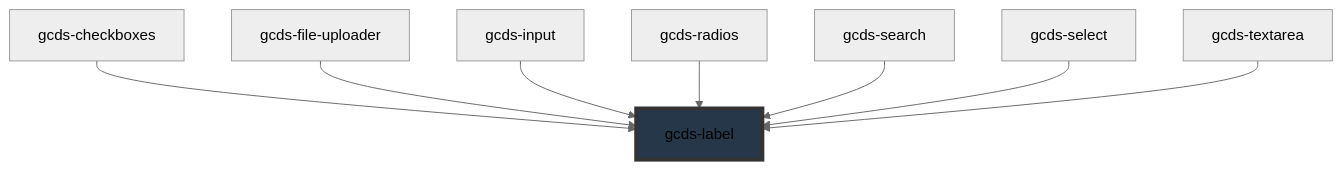
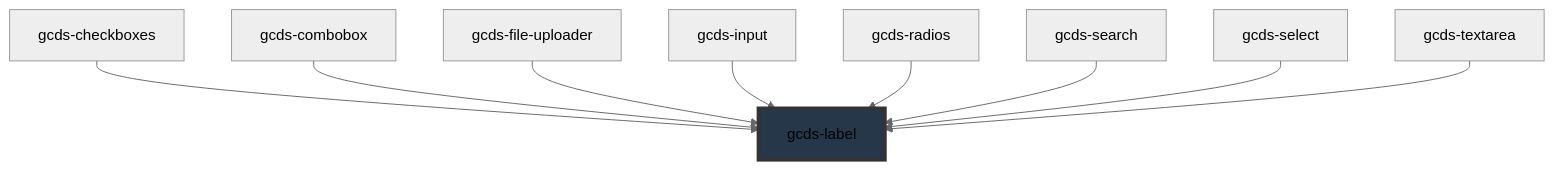
Before and after one commit to cds-snc/gcds-components: the diagram in packages/web/src/components/gcds-label/readme.md, drawn with Mermaid (neutral theme). The commit also changed other lines of this file and 25 other files, not shown here.

Commit message:
feat(gcds-combobox): add gcds-combobox component

````diff
--- a/packages/web/src/components/gcds-label/readme.md
+++ b/packages/web/src/components/gcds-label/readme.md
@@ -42,11 +43,12 @@
 ```mermaid
 graph TD;
   gcds-checkboxes --> gcds-label
+  gcds-combobox --> gcds-label
   gcds-file-uploader --> gcds-label
   gcds-input --> gcds-label
   gcds-radios --> gcds-label
   gcds-search --> gcds-label
   gcds-select --> gcds-label
   gcds-textarea --> gcds-label
   style gcds-label fill:#26374a,stroke:#333,stroke-width:4px
 ```
````
